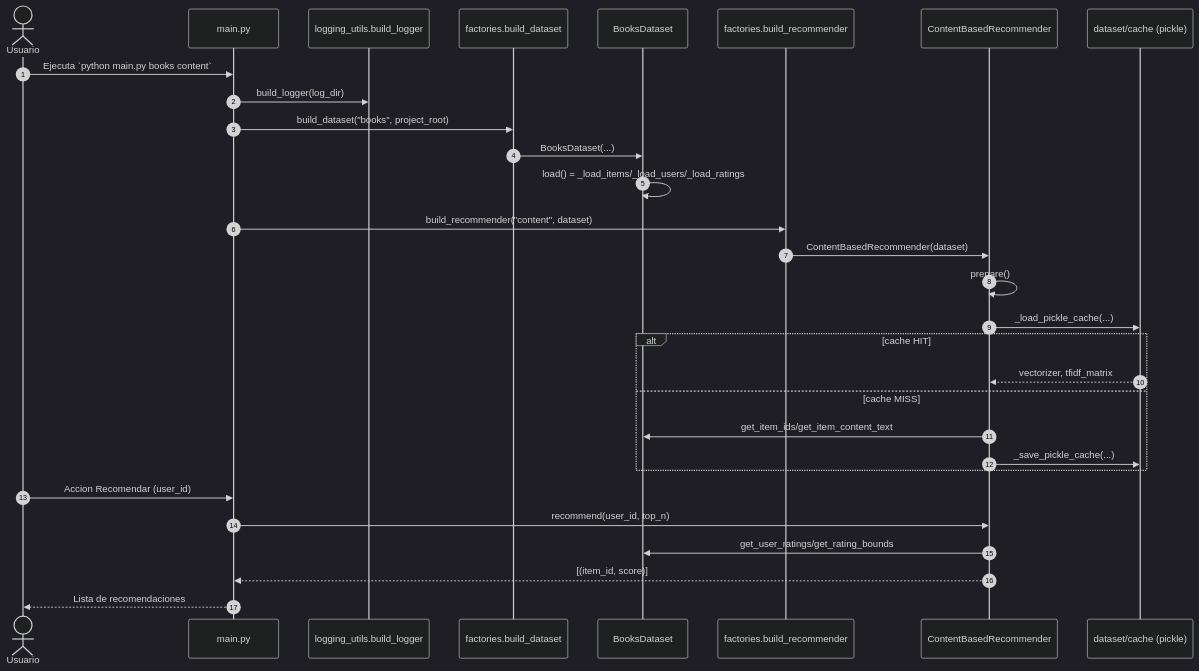
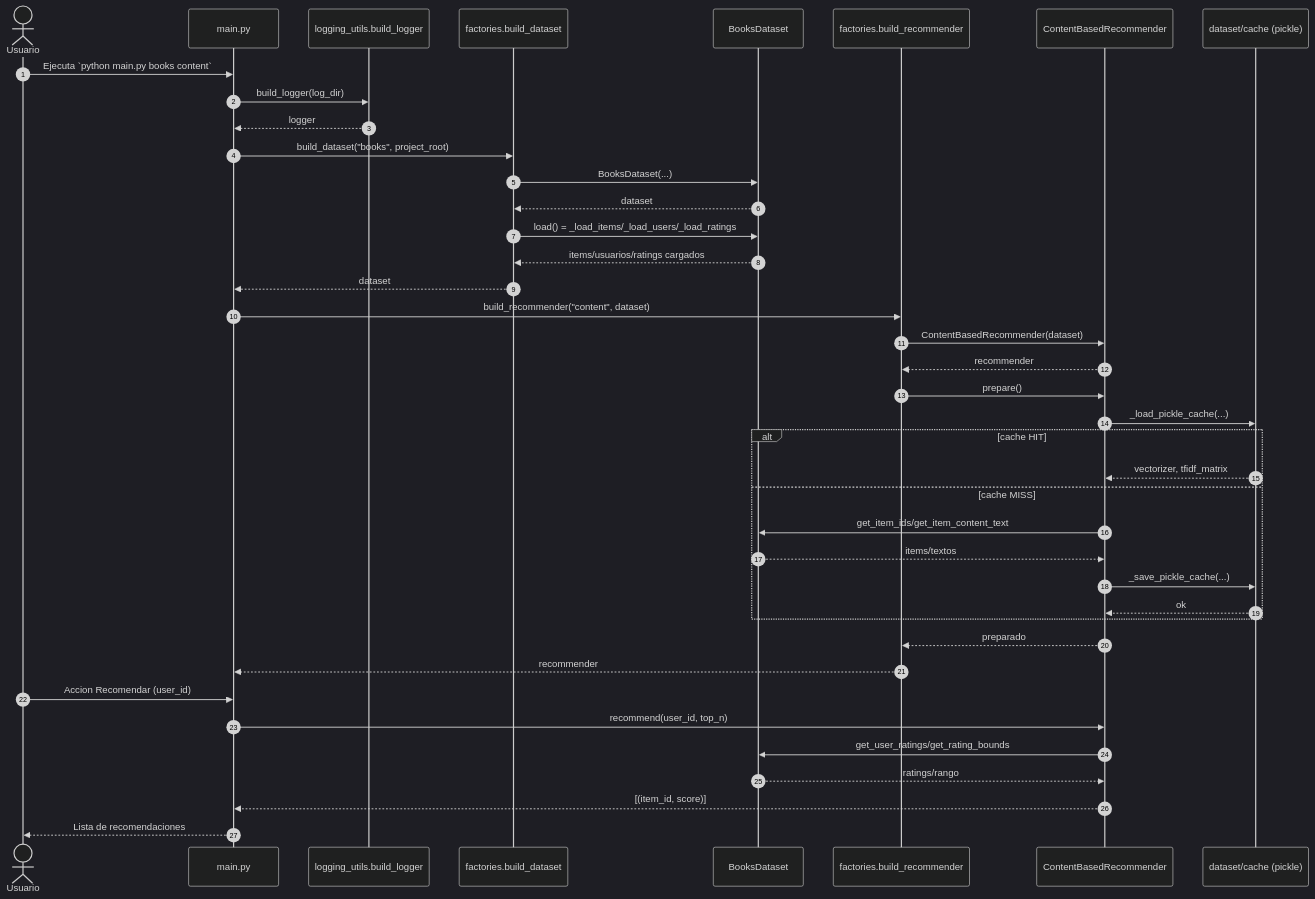
One commit to Braisfabrega/modular-recommender changed the fourth of 7 diagrams in README.md. Above: the diagram before and after it, drawn with Mermaid (dark theme). The commit also changed other lines of this file, not shown here.

Commit message:
fix: diagrama de secuancia 1

````diff
--- a/README.md
+++ b/README.md
@@ -233,33 +253,43 @@
 ```mermaid
 sequenceDiagram
   autonumber
   actor Usuario
   participant Main as main.py
   participant Logger as logging_utils.build_logger
   participant Factory as factories.build_dataset
   participant Dataset as BooksDataset
   participant RecFactory as factories.build_recommender
   participant Recommender as ContentBasedRecommender
   participant Cache as dataset/cache (pickle)
 
   Usuario->>Main: Ejecuta `python main.py books content`
   Main->>Logger: build_logger(log_dir)
+  Logger-->>Main: logger
   Main->>Factory: build_dataset("books", project_root)
   Factory->>Dataset: BooksDataset(...)
-  Dataset->>Dataset: load() = _load_items/_load_users/_load_ratings
+  Dataset-->>Factory: dataset
+  Factory->>Dataset: load() = _load_items/_load_users/_load_ratings
+  Dataset-->>Factory: items/usuarios/ratings cargados
+  Factory-->>Main: dataset
   Main->>RecFactory: build_recommender("content", dataset)
   RecFactory->>Recommender: ContentBasedRecommender(dataset)
-  Recommender->>Recommender: prepare()
+  Recommender-->>RecFactory: recommender
+  RecFactory->>Recommender: prepare()
   Recommender->>Cache: _load_pickle_cache(...)
   alt cache HIT
     Cache-->>Recommender: vectorizer, tfidf_matrix
   else cache MISS
     Recommender->>Dataset: get_item_ids/get_item_content_text
+    Dataset-->>Recommender: items/textos
     Recommender->>Cache: _save_pickle_cache(...)
+    Cache-->>Recommender: ok
   end
+  Recommender-->>RecFactory: preparado
+  RecFactory-->>Main: recommender
   Usuario->>Main: Accion Recomendar (user_id)
   Main->>Recommender: recommend(user_id, top_n)
   Recommender->>Dataset: get_user_ratings/get_rating_bounds
+  Dataset-->>Recommender: ratings/rango
   Recommender-->>Main: [(item_id, score)]
   Main-->>Usuario: Lista de recomendaciones
 ```
````
